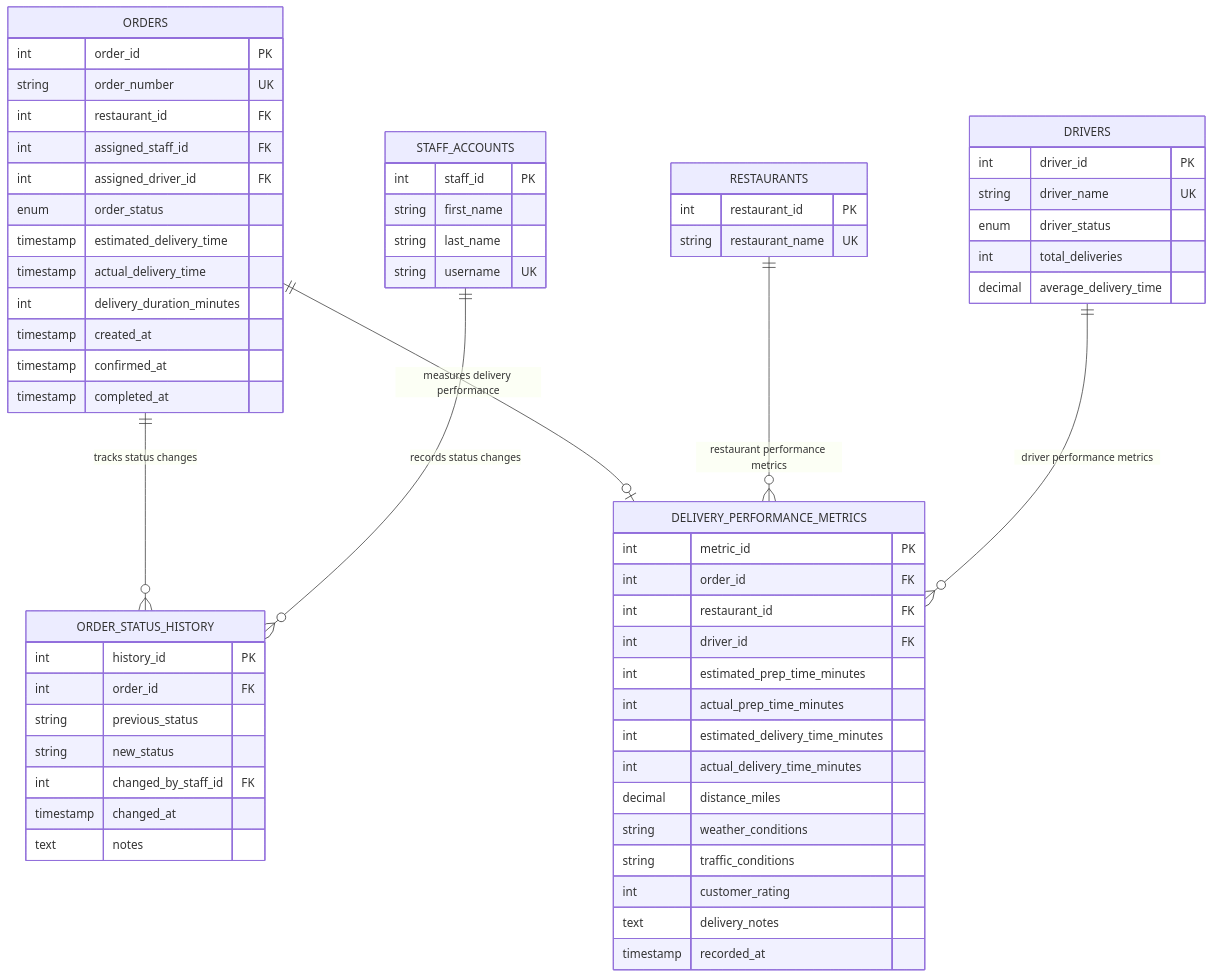
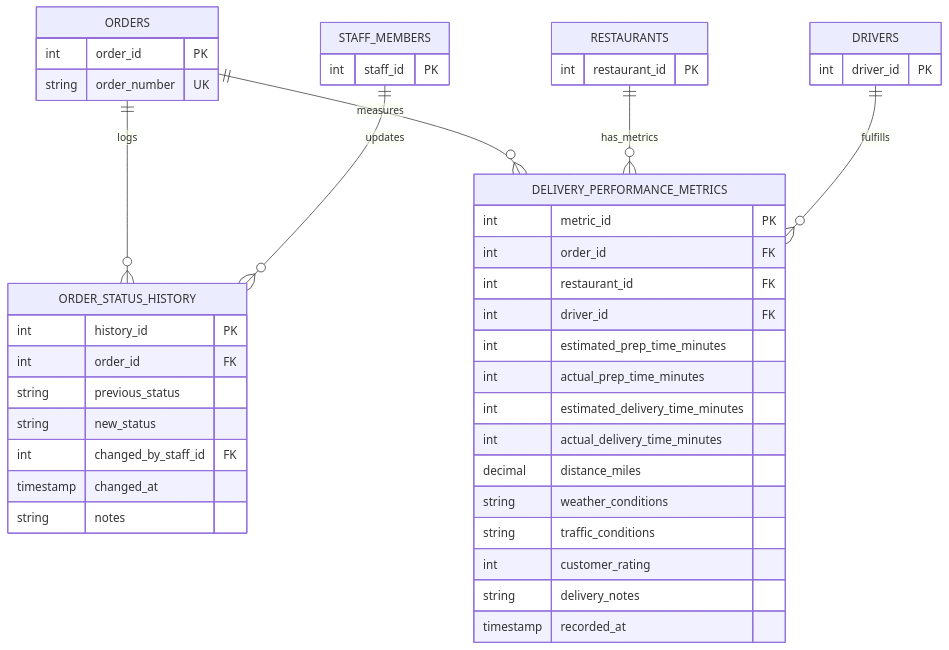
The fourth of 4 diagrams in docs/frontdash-database-design.md (kassi-bertrand/frontdash), drawn with Mermaid before and after one commit. The commit also changed other lines of this file, not shown here.

Commit message:
docs: refresh database design diagrams

````diff
--- a/docs/frontdash-database-design.md
+++ b/docs/frontdash-database-design.md
@@ -830,73 +558,52 @@
 ```mermaid
 erDiagram
-    ORDERS {
-        int order_id PK
-        string order_number UK
-        int restaurant_id FK
-        int assigned_staff_id FK
-        int assigned_driver_id FK
-        enum order_status
-        timestamp estimated_delivery_time
-        timestamp actual_delivery_time
-        int delivery_duration_minutes
-        timestamp created_at
-        timestamp confirmed_at
-        timestamp completed_at
-    }
-    
-    ORDER_STATUS_HISTORY {
-        int history_id PK
-        int order_id FK
-        string previous_status
-        string new_status
-        int changed_by_staff_id FK
-        timestamp changed_at
-        text notes
-    }
-    
-    DELIVERY_PERFORMANCE_METRICS {
-        int metric_id PK
-        int order_id FK
-        int restaurant_id FK
-        int driver_id FK
-        int estimated_prep_time_minutes
-        int actual_prep_time_minutes
-        int estimated_delivery_time_minutes
-        int actual_delivery_time_minutes
-        decimal distance_miles
-        string weather_conditions
-        string traffic_conditions
-        int customer_rating
-        text delivery_notes
-        timestamp recorded_at
-    }
-    
-    STAFF_ACCOUNTS {
-        int staff_id PK
-        string first_name
-        string last_name
-        string username UK
-    }
-    
-    DRIVERS {
-        int driver_id PK
-        string driver_name UK
-        enum driver_status
-        int total_deliveries
-        decimal average_delivery_time
-    }
-    
-    RESTAURANTS {
-        int restaurant_id PK
-        string restaurant_name UK
-    }
-    
-    %% Audit Trail Relationships
-    ORDERS ||--o{ ORDER_STATUS_HISTORY : "tracks status changes"
-    STAFF_ACCOUNTS ||--o{ ORDER_STATUS_HISTORY : "records status changes"
-    
-    %% Performance Measurement Relationships
-    ORDERS ||--o| DELIVERY_PERFORMANCE_METRICS : "measures delivery performance"
-    RESTAURANTS ||--o{ DELIVERY_PERFORMANCE_METRICS : "restaurant performance metrics"
-    DRIVERS ||--o{ DELIVERY_PERFORMANCE_METRICS : "driver performance metrics"
+  ORDERS {
+    int order_id PK
+    string order_number UK
+  }
+
+  ORDER_STATUS_HISTORY {
+    int history_id PK
+    int order_id FK
+    string previous_status
+    string new_status
+    int changed_by_staff_id FK
+    timestamp changed_at
+    string notes
+  }
+
+  DELIVERY_PERFORMANCE_METRICS {
+    int metric_id PK
+    int order_id FK
+    int restaurant_id FK
+    int driver_id FK
+    int estimated_prep_time_minutes
+    int actual_prep_time_minutes
+    int estimated_delivery_time_minutes
+    int actual_delivery_time_minutes
+    decimal distance_miles
+    string weather_conditions
+    string traffic_conditions
+    int customer_rating
+    string delivery_notes
+    timestamp recorded_at
+  }
+
+  STAFF_MEMBERS {
+    int staff_id PK
+  }
+
+  RESTAURANTS {
+    int restaurant_id PK
+  }
+
+  DRIVERS {
+    int driver_id PK
+  }
+
+  ORDERS        ||--o{ ORDER_STATUS_HISTORY        : logs
+  STAFF_MEMBERS ||--o{ ORDER_STATUS_HISTORY        : updates
+  ORDERS        ||--o{ DELIVERY_PERFORMANCE_METRICS : measures
+  RESTAURANTS   ||--o{ DELIVERY_PERFORMANCE_METRICS : has_metrics
+  DRIVERS       ||--o{ DELIVERY_PERFORMANCE_METRICS : fulfills
 ```
````
